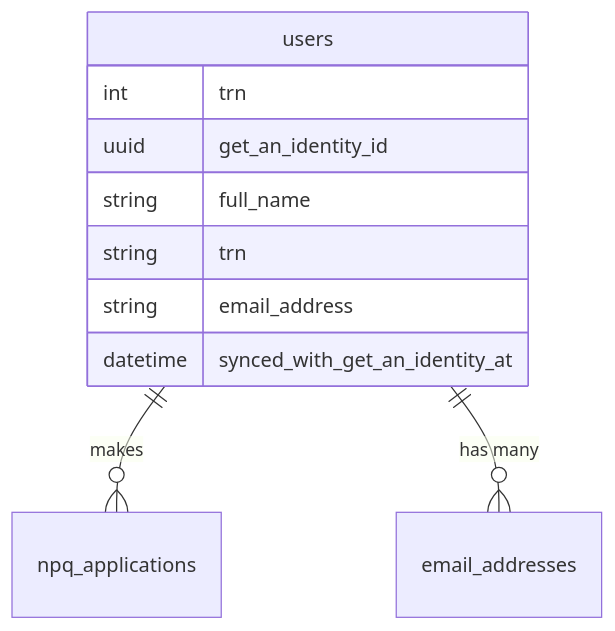
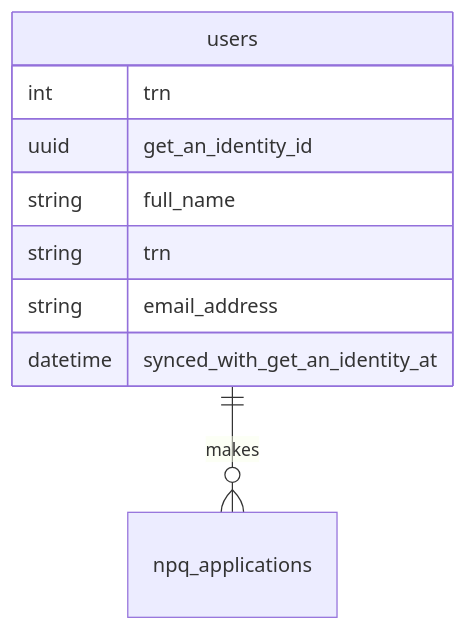
Before and after one commit to DFE-Digital/npq-separation: the fourth of 4 diagrams in data-modelling.md, drawn with Mermaid.

Commit message:
Remove emails relation from proposed schema

````diff
--- a/data-modelling.md
+++ b/data-modelling.md
@@ -254,14 +254,13 @@
 ```mermaid
 erDiagram
 
     users ||--o{ npq_applications : "makes"
-    users ||--o{ email_addresses : "has many"
     users {
         int trn
         uuid get_an_identity_id
         string full_name
         string trn
         string email_address
         datetime synced_with_get_an_identity_at
     }
 ```
````
